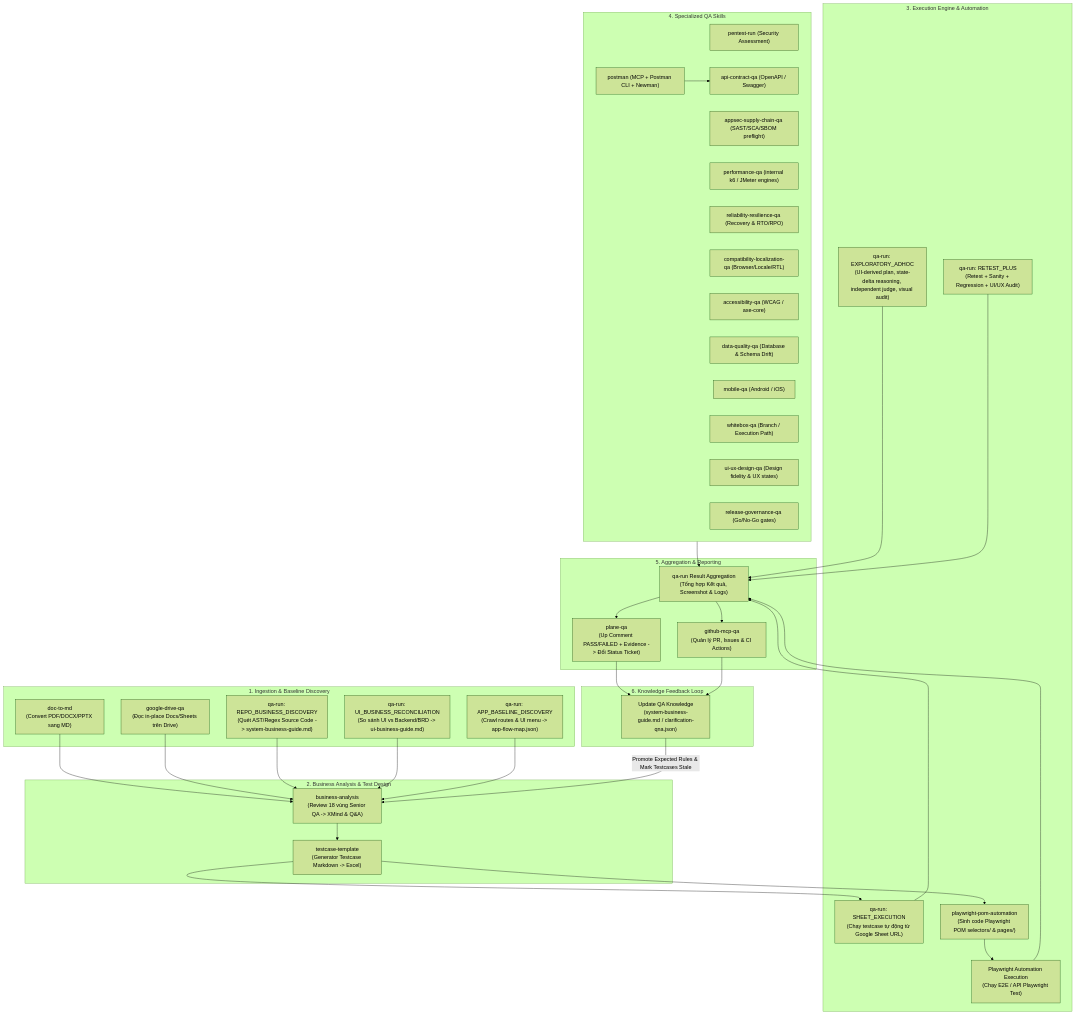
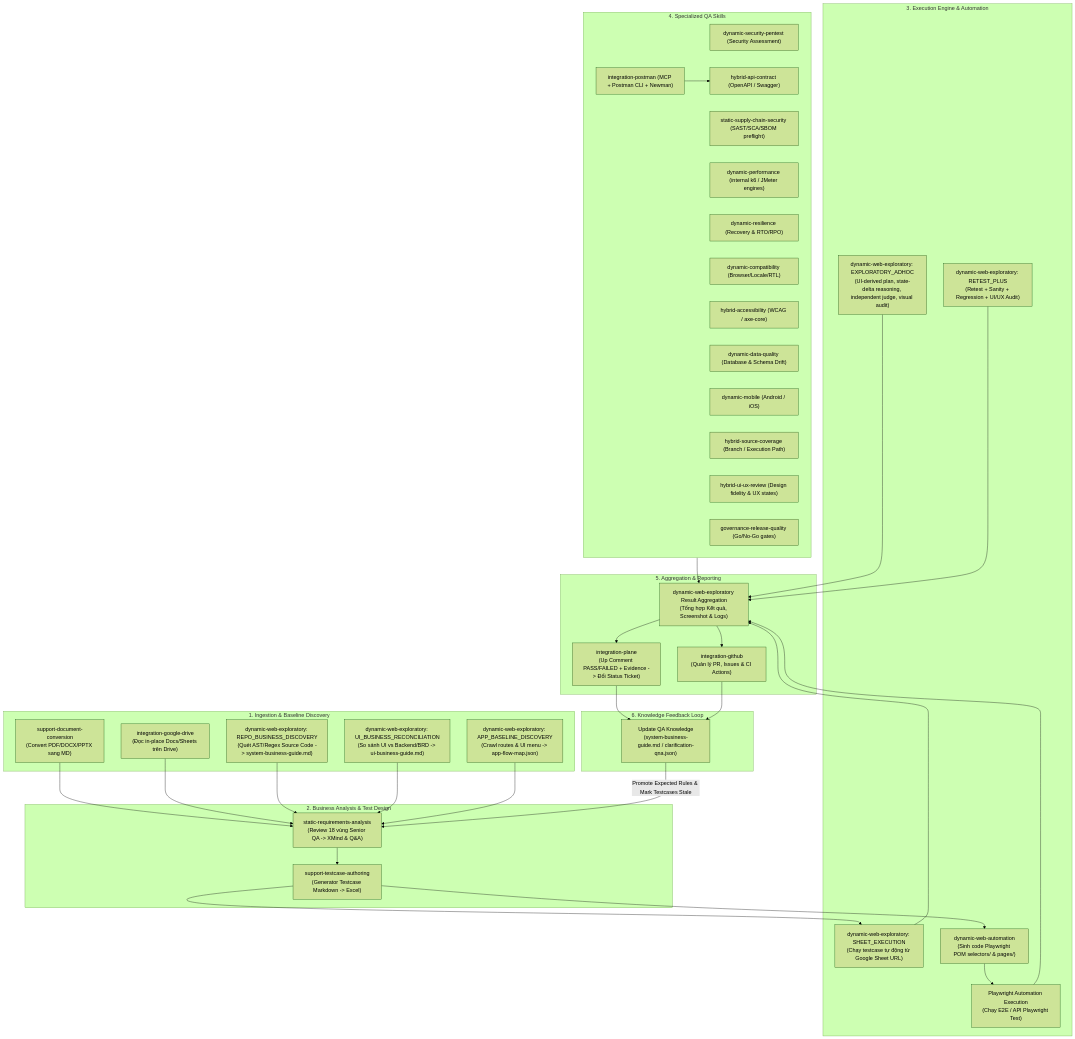
Before and after one commit to tqphong02/QA-skill: the first of 3 diagrams in SKILL_FLOW_MAPPING.md, drawn with Mermaid (forest theme). The commit also changed other lines of this file and 867 other files, not shown here.

````diff
--- a/SKILL_FLOW_MAPPING.md
+++ b/SKILL_FLOW_MAPPING.md
@@ -18,71 +18,71 @@
 ```mermaid
 flowchart TD
     %% 1. Ingestion & Discovery
     subgraph S1["1. Ingestion & Baseline Discovery"]
-        DOC["doc-to-md\n(Convert PDF/DOCX/PPTX sang MD)"]
-        DRIVE["google-drive-qa\n(Đọc in-place Docs/Sheets trên Drive)"]
-        RBD["qa-run: REPO_BUSINESS_DISCOVERY\n(Quét AST/Regex Source Code -> system-business-guide.md)"]
-        UBR["qa-run: UI_BUSINESS_RECONCILIATION\n(So sánh UI vs Backend/BRD -> ui-business-guide.md)"]
-        ABD["qa-run: APP_BASELINE_DISCOVERY\n(Crawl routes & UI menu -> app-flow-map.json)"]
+        DOC["support-document-conversion\n(Convert PDF/DOCX/PPTX sang MD)"]
+        DRIVE["integration-google-drive\n(Đọc in-place Docs/Sheets trên Drive)"]
+        RBD["dynamic-web-exploratory: REPO_BUSINESS_DISCOVERY\n(Quét AST/Regex Source Code -> system-business-guide.md)"]
+        UBR["dynamic-web-exploratory: UI_BUSINESS_RECONCILIATION\n(So sánh UI vs Backend/BRD -> ui-business-guide.md)"]
+        ABD["dynamic-web-exploratory: APP_BASELINE_DISCOVERY\n(Crawl routes & UI menu -> app-flow-map.json)"]
     end
 
     %% 2. Business Analysis & Test Design
     subgraph S2["2. Business Analysis & Test Design"]
-        BA["business-analysis\n(Review 18 vùng Senior QA -> XMind & Q&A)"]
-        TCT["testcase-template\n(Generator Testcase Markdown -> Excel)"]
+        BA["static-requirements-analysis\n(Review 18 vùng Senior QA -> XMind & Q&A)"]
+        TCT["support-testcase-authoring\n(Generator Testcase Markdown -> Excel)"]
     end
 
     %% 3. Execution & Automation Engine
     subgraph S3["3. Execution Engine & Automation"]
-        EX_SHEET["qa-run: SHEET_EXECUTION\n(Chạy testcase tự động từ Google Sheet URL)"]
-        EX_EXPLORATORY["qa-run: EXPLORATORY_ADHOC\n(UI-derived plan, state-delta reasoning, independent judge, visual audit)"]
-        EX_RETEST["qa-run: RETEST_PLUS\n(Retest + Sanity + Regression + UI/UX Audit)"]
-        POM_GEN["playwright-pom-automation\n(Sinh code Playwright POM selectors/ & pages/)"]
+        EX_SHEET["dynamic-web-exploratory: SHEET_EXECUTION\n(Chạy testcase tự động từ Google Sheet URL)"]
+        EX_EXPLORATORY["dynamic-web-exploratory: EXPLORATORY_ADHOC\n(UI-derived plan, state-delta reasoning, independent judge, visual audit)"]
+        EX_RETEST["dynamic-web-exploratory: RETEST_PLUS\n(Retest + Sanity + Regression + UI/UX Audit)"]
+        POM_GEN["dynamic-web-automation\n(Sinh code Playwright POM selectors/ & pages/)"]
         POM_EXEC["Playwright Automation Execution\n(Chạy E2E / API Playwright Test)"]
     end
 
     %% 4. Specialized Testing
     subgraph S4["4. Specialized QA Skills"]
-        SEC["pentest-run (Security Assessment)"]
-        APPSEC["appsec-supply-chain-qa (SAST/SCA/SBOM preflight)"]
-        PERF["performance-qa (internal k6 / JMeter engines)"]
-        RES["reliability-resilience-qa (Recovery & RTO/RPO)"]
-        COMPAT["compatibility-localization-qa (Browser/Locale/RTL)"]
-        POSTMAN["postman (MCP + Postman CLI + Newman)"]
-        API["api-contract-qa (OpenAPI / Swagger)"]
-        ACC["accessibility-qa (WCAG / axe-core)"]
-        DBQ["data-quality-qa (Database & Schema Drift)"]
-        MOB["mobile-qa (Android / iOS)"]
-        WB["whitebox-qa (Branch / Execution Path)"]
-        UIUX["ui-ux-design-qa (Design fidelity & UX states)"]
-        RELEASE["release-governance-qa (Go/No-Go gates)"]
+        SEC["dynamic-security-pentest (Security Assessment)"]
+        APPSEC["static-supply-chain-security (SAST/SCA/SBOM preflight)"]
+        PERF["dynamic-performance (internal k6 / JMeter engines)"]
+        RES["dynamic-resilience (Recovery & RTO/RPO)"]
+        COMPAT["dynamic-compatibility (Browser/Locale/RTL)"]
+        POSTMAN["integration-postman (MCP + Postman CLI + Newman)"]
+        API["hybrid-api-contract (OpenAPI / Swagger)"]
+        ACC["hybrid-accessibility (WCAG / axe-core)"]
+        DBQ["dynamic-data-quality (Database & Schema Drift)"]
+        MOB["dynamic-mobile (Android / iOS)"]
+        WB["hybrid-source-coverage (Branch / Execution Path)"]
+        UIUX["hybrid-ui-ux-review (Design fidelity & UX states)"]
+        RELEASE["governance-release-quality (Go/No-Go gates)"]
     end
 
     %% 5. Reporting & Exporters
     subgraph S5["5. Aggregation & Reporting"]
-        AGG["qa-run Result Aggregation\n(Tổng hợp Kết quả, Screenshot & Logs)"]
-        PLANE["plane-qa\n(Up Comment PASS/FAILED + Evidence -> Đổi Status Ticket)"]
-        GH["github-mcp-qa\n(Quản lý PR, Issues & CI Actions)"]
+        AGG["dynamic-web-exploratory Result Aggregation\n(Tổng hợp Kết quả, Screenshot & Logs)"]
+        PLANE["integration-plane\n(Up Comment PASS/FAILED + Evidence -> Đổi Status Ticket)"]
+        GH["integration-github\n(Quản lý PR, Issues & CI Actions)"]
     end
 
     %% 6. Feedback Loop
     subgraph S6["6. Knowledge Feedback Loop"]
         FB["Update QA Knowledge\n(system-business-guide.md / clarification-qna.json)"]
     end
 
     %% Data Connections
     DOC & DRIVE & RBD & UBR & ABD --> BA
     BA --> TCT
     TCT --> EX_SHEET
     TCT --> POM_GEN
     POM_GEN --> POM_EXEC
     POSTMAN --> API
     
     EX_SHEET & EX_EXPLORATORY & EX_RETEST & POM_EXEC & S4 --> AGG
     
     AGG --> PLANE
     AGG --> GH
     
     PLANE & GH --> FB
     FB -->|Promote Expected Rules & Mark Testcases Stale| BA
 ```
````
